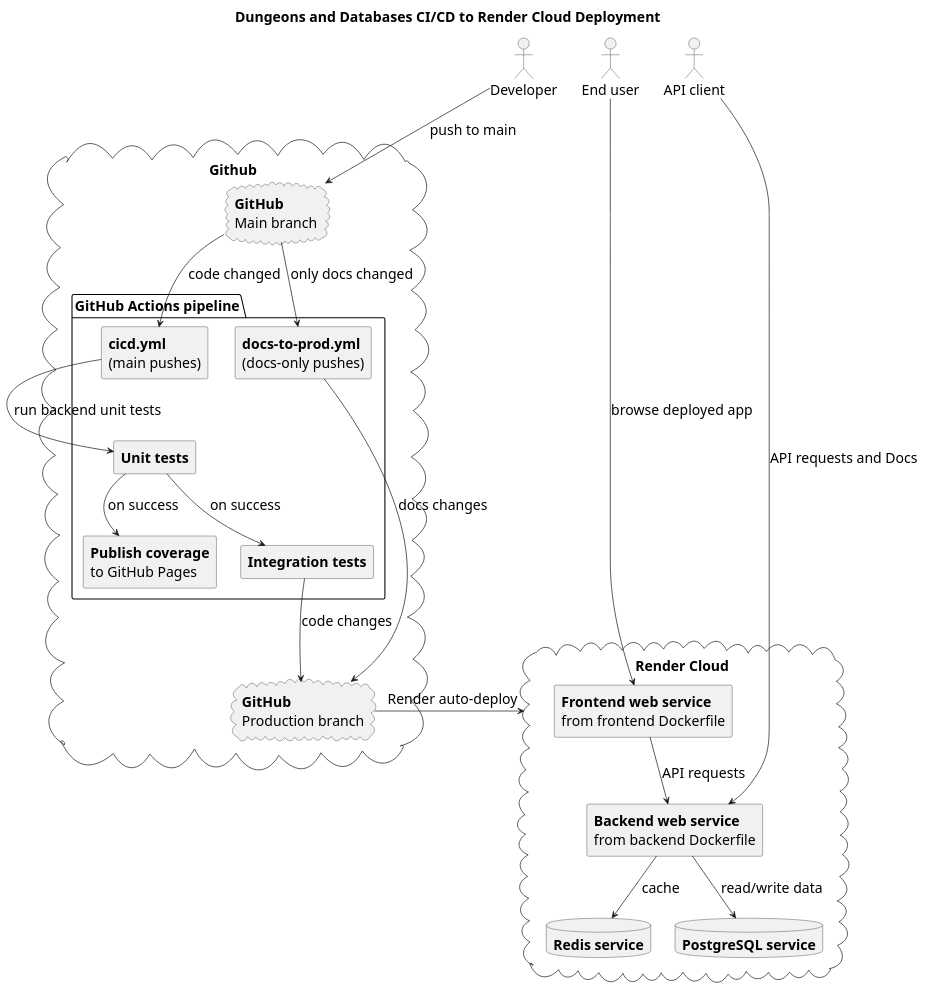
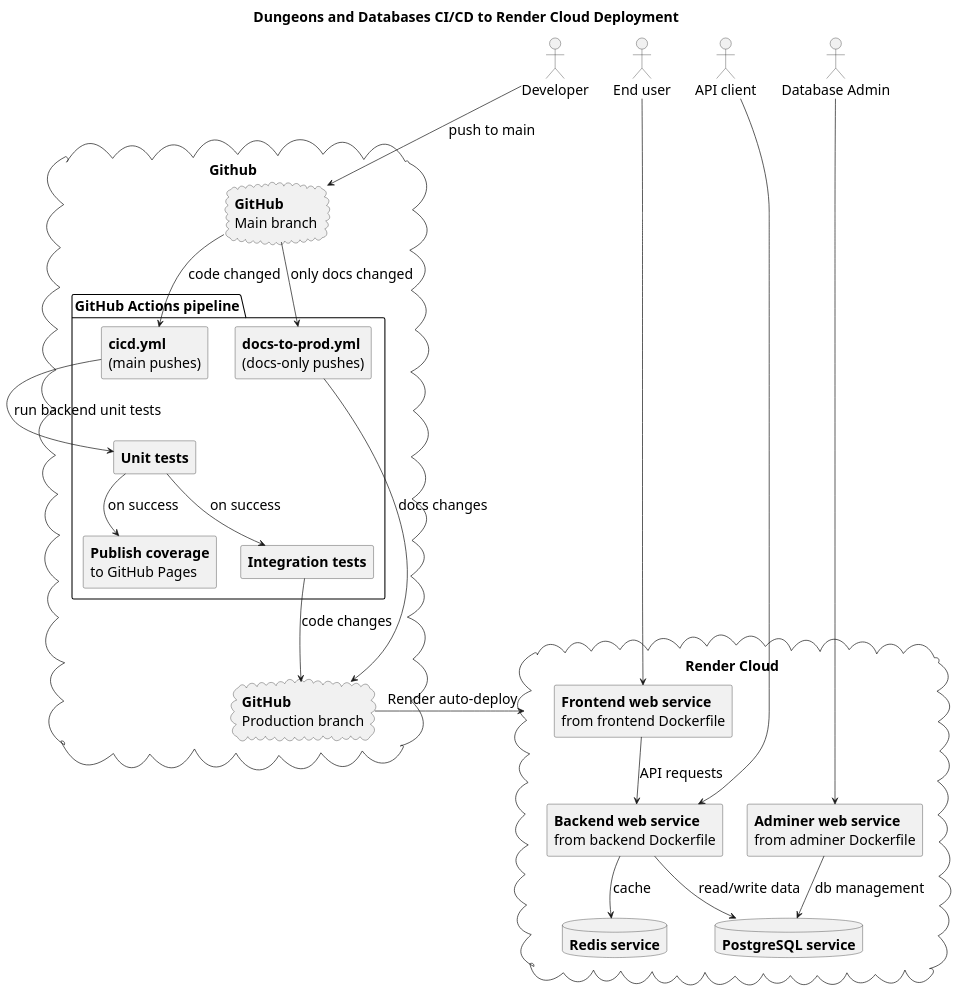
Before and after one commit to cyborgwalrus/dungeons-and-databases: the diagram in docs/cloud-deployment.puml, drawn with PlantUML. The commit also changed 1 other file, not shown here.

Commit message:
added adminer to deployment diagram

```diff
--- a/docs/cloud-deployment.puml
+++ b/docs/cloud-deployment.puml
@@ -1,57 +1,62 @@
 @startuml cloud-deployment
 title Dungeons and Databases CI/CD to Render Cloud Deployment
 'left to right direction
 skinparam componentStyle rectangle
 'skinparam packageStyle rectangle
 'skinparam linetype polyline
 skinparam DefaultFontSize 20
 skinparam TitleFontSize 20
 
 together{
 actor "Developer" as dev
 actor "End user" as endUser
 actor "API client" as apiClient
+actor "Database Admin" as admin
 }
 
 
 cloud Github {
 	cloud "**GitHub**\nMain branch" as github
 	cloud "**GitHub**\nProduction branch" as githubProd
 
 	package "GitHub Actions pipeline" as githubActions {
 		component "**cicd.yml**\n(main pushes)" as cicd
 		component "**docs-to-prod.yml**\n(docs-only pushes)" as docsOnly
 		component "**Unit tests**" as unitTests
 		component "**Publish coverage**\nto GitHub Pages" as publishCoverage
 		component "**Integration tests**" as integrationTests
 	}
 }
 
 
 cloud "Render Cloud" as renderDeployment {
 	component "**Frontend web service**\nfrom frontend Dockerfile" as renderFrontend
 	component "**Backend web service**\nfrom backend Dockerfile" as renderBackend
+	component "**Adminer web service**\nfrom adminer Dockerfile" as renderAdminer
 	database "**Redis service**" as renderRedis
 	database "**PostgreSQL service**" as renderDb
 }
 
 
 dev --> github : push to main
 github --> cicd : code changed
 github --> docsOnly : only docs changed
 docsOnly --> githubProd : docs changes
 
 cicd --> unitTests : run backend unit tests
 unitTests --> publishCoverage : on success
 unitTests --> integrationTests : on success
 integrationTests --> githubProd : code changes
 githubProd -r-> renderDeployment : Render auto-deploy
 
 
-endUser --> renderFrontend : browse deployed app
-apiClient --> renderBackend : API requests and Docs
+endUser --> renderFrontend
+apiClient --> renderBackend
 renderFrontend --> renderBackend : API requests
 renderBackend --> renderDb : read/write data
 renderBackend --> renderRedis : cache
 
+admin --> renderAdminer
+renderAdminer --> renderDb : db management
+
 @enduml
```
